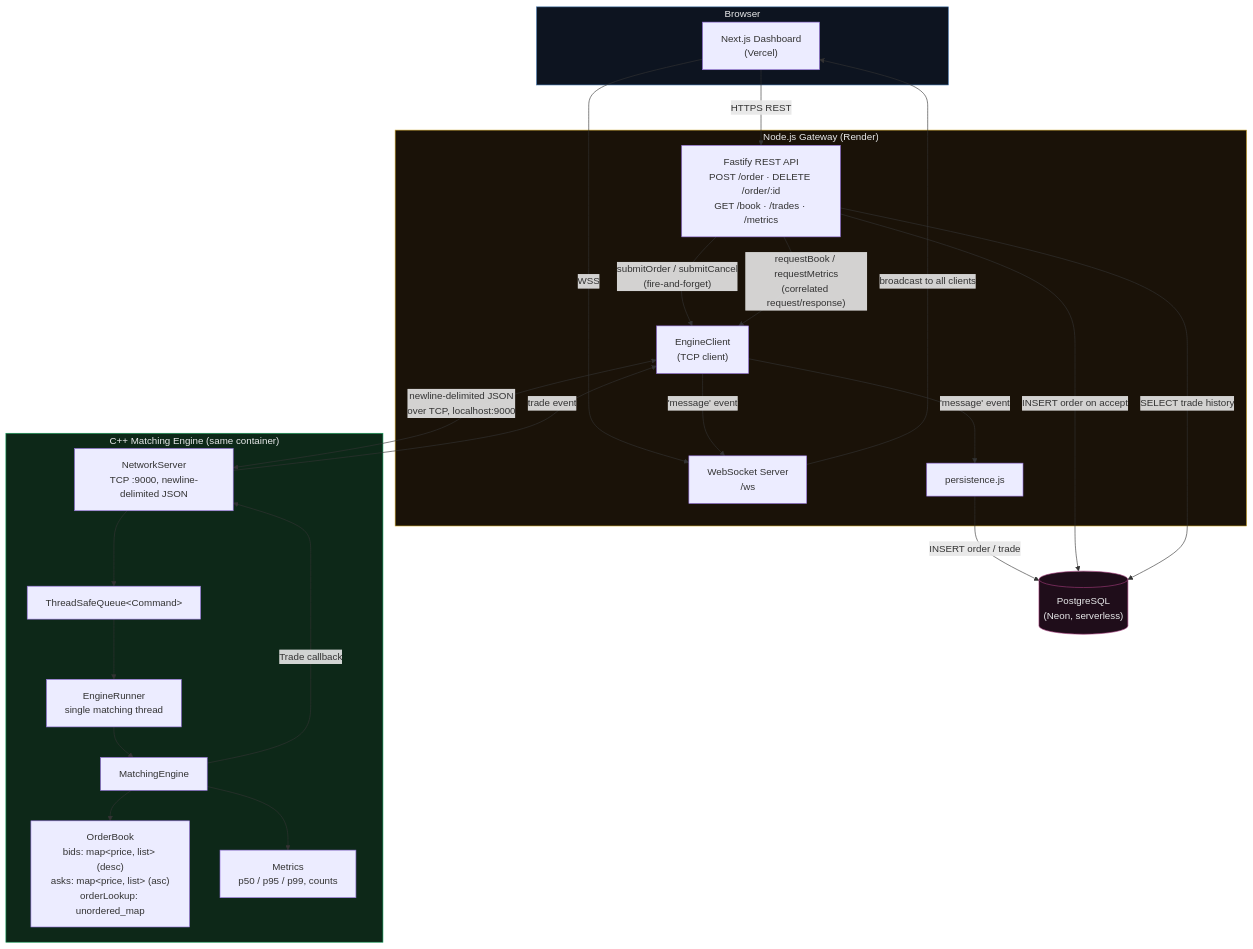
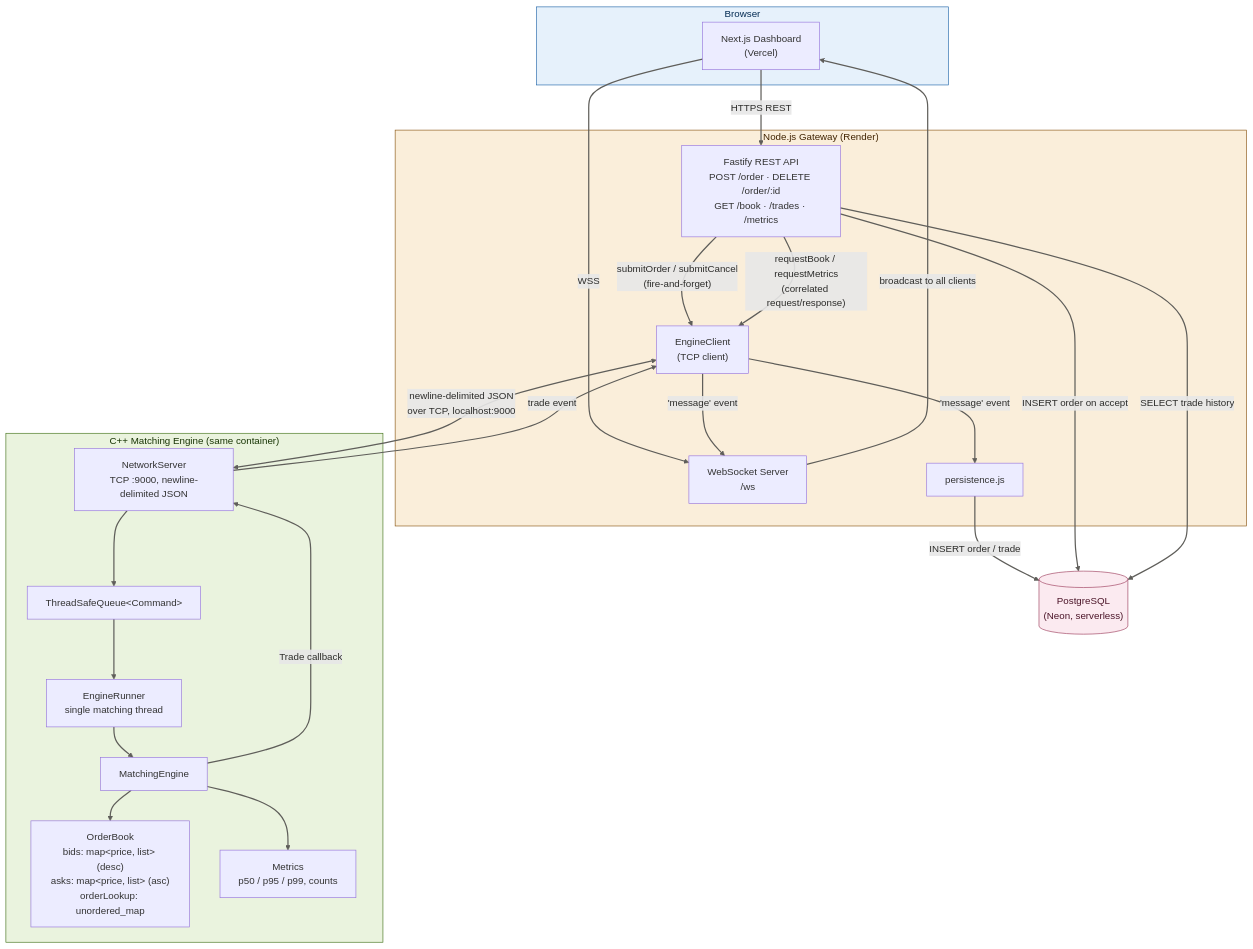
Before and after one commit to Nishant840/TradeCore: the first of 3 diagrams in README.md, drawn with Mermaid.

````diff
--- a/README.md
+++ b/README.md
@@ -63,49 +63,55 @@
 ```mermaid
 graph TB
     subgraph Browser["Browser"]
         FE["Next.js Dashboard<br/>(Vercel)"]
     end
 
     subgraph GatewayProcess["Node.js Gateway (Render)"]
         REST["Fastify REST API<br/>POST /order · DELETE /order/:id<br/>GET /book · /trades · /metrics"]
         WS["WebSocket Server<br/>/ws"]
         EC["EngineClient<br/>(TCP client)"]
         PERSIST["persistence.js"]
     end
 
     subgraph EngineProcess["C++ Matching Engine (same container)"]
         NS["NetworkServer<br/>TCP :9000, newline-delimited JSON"]
         CMD["ThreadSafeQueue&lt;Command&gt;"]
         ER["EngineRunner<br/>single matching thread"]
         ME["MatchingEngine"]
         OB["OrderBook<br/>bids: map&lt;price, list&gt; (desc)<br/>asks: map&lt;price, list&gt; (asc)<br/>orderLookup: unordered_map"]
         MT["Metrics<br/>p50 / p95 / p99, counts"]
     end
 
     DB[("PostgreSQL<br/>(Neon, serverless)")]
 
-    FE -->|"HTTPS REST"| REST
-    FE -->|"WSS"| WS
-    REST -->|"submitOrder / submitCancel<br/>(fire-and-forget)"| EC
-    REST -->|"requestBook / requestMetrics<br/>(correlated request/response)"| EC
-    EC <-->|"newline-delimited JSON<br/>over TCP, localhost:9000"| NS
-    NS --> CMD
-    CMD --> ER
-    ER --> ME
-    ME --> OB
-    ME --> MT
-    ME -->|"Trade callback"| NS
-    NS -->|"trade event"| EC
-    EC -->|"'message' event"| WS
-    EC -->|"'message' event"| PERSIST
-    WS -->|"broadcast to all clients"| FE
-    PERSIST -->|"INSERT order / trade"| DB
-    REST -->|"INSERT order on accept"| DB
-    REST -->|"SELECT trade history"| DB
+    FE ==>|"HTTPS REST"| REST
+    FE ==>|"WSS"| WS
+    REST ==>|"submitOrder / submitCancel<br/>(fire-and-forget)"| EC
+    REST ==>|"requestBook / requestMetrics<br/>(correlated request/response)"| EC
+    EC <==>|"newline-delimited JSON<br/>over TCP, localhost:9000"| NS
+    NS ==> CMD
+    CMD ==> ER
+    ER ==> ME
+    ME ==> OB
+    ME ==> MT
+    ME ==>|"Trade callback"| NS
+    NS ==>|"trade event"| EC
+    EC ==>|"'message' event"| WS
+    EC ==>|"'message' event"| PERSIST
+    WS ==>|"broadcast to all clients"| FE
+    PERSIST ==>|"INSERT order / trade"| DB
+    REST ==>|"INSERT order on accept"| DB
+    REST ==>|"SELECT trade history"| DB
 
-    style EngineProcess fill:#0d2818,stroke:#16a05c,color:#e8e9ea
-    style GatewayProcess fill:#1a1208,stroke:#c9a227,color:#e8e9ea
-    style Browser fill:#0d1420,stroke:#3b6ea5,color:#e8e9ea
-    style DB fill:#1f0d1a,stroke:#a23b7a,color:#e8e9ea
+    classDef engineBox fill:#EAF3DE,stroke:#3B6D11,color:#173404
+    classDef gatewayBox fill:#FAEEDA,stroke:#854F0B,color:#412402
+    classDef browserBox fill:#E6F1FB,stroke:#185FA5,color:#042C53
+    classDef dbBox fill:#FBEAF0,stroke:#993556,color:#4B1528
 
+    class EngineProcess engineBox
+    class GatewayProcess gatewayBox
+    class Browser browserBox
+    class DB dbBox
+
+    linkStyle default stroke:#5F5E5A,stroke-width:2px,color:#2C2C2A
 ```
````
